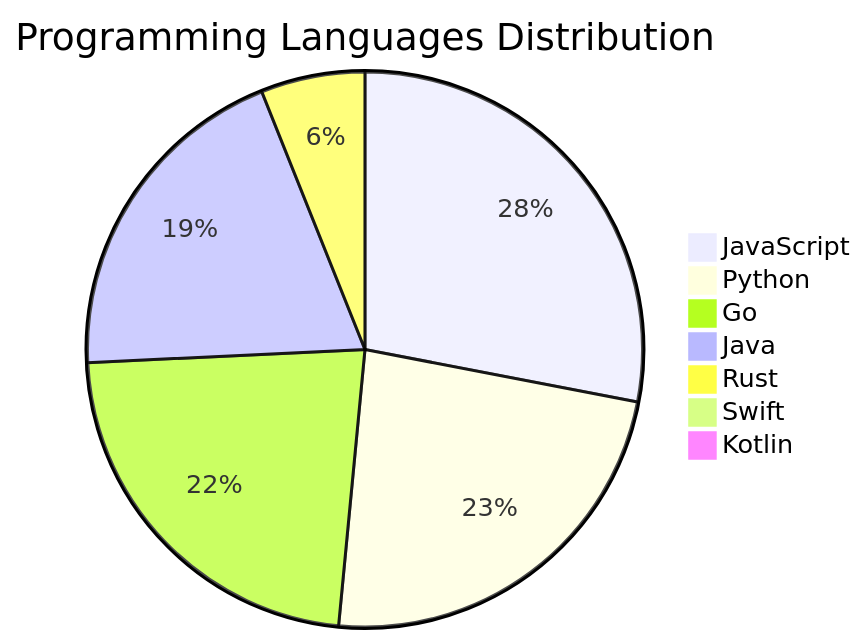
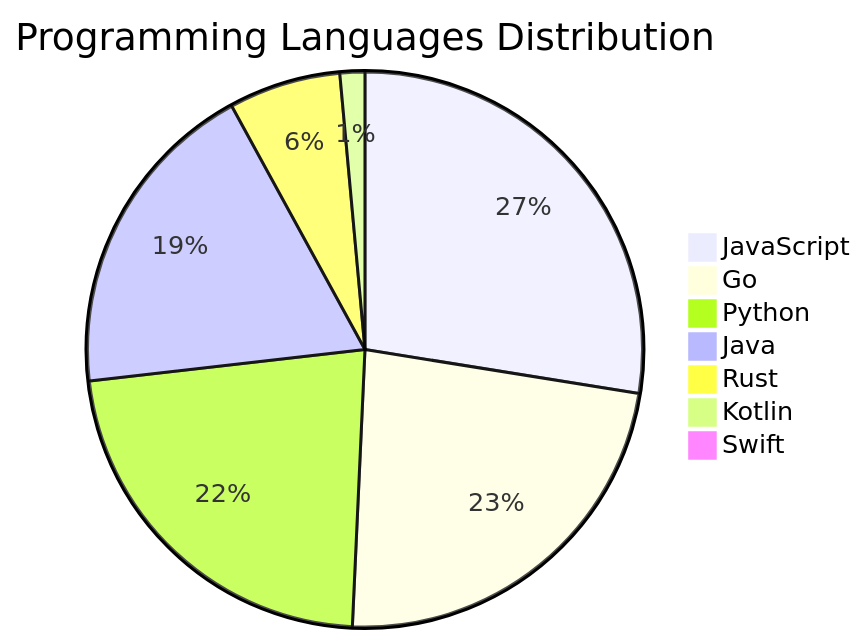
One commit to Derrick-MUGISHA/github-activity-bot changed the diagram in README.md. Above: the diagram before and after it, drawn with Mermaid. The commit also changed other lines of this file and 4 other files, not shown here.

````diff
--- a/README.md
+++ b/README.md
@@ -207,10 +207,10 @@
 ```mermaid
 pie title Programming Languages Distribution
-    "JavaScript" : 37
+    "JavaScript" : 38
+    "Go" : 32
     "Python" : 31
-    "Go" : 30
     "Java" : 26
-    "Rust" : 8
+    "Rust" : 9
+    "Kotlin" : 2
     "Swift" : 1
-    "Kotlin" : 1
 ```
````
